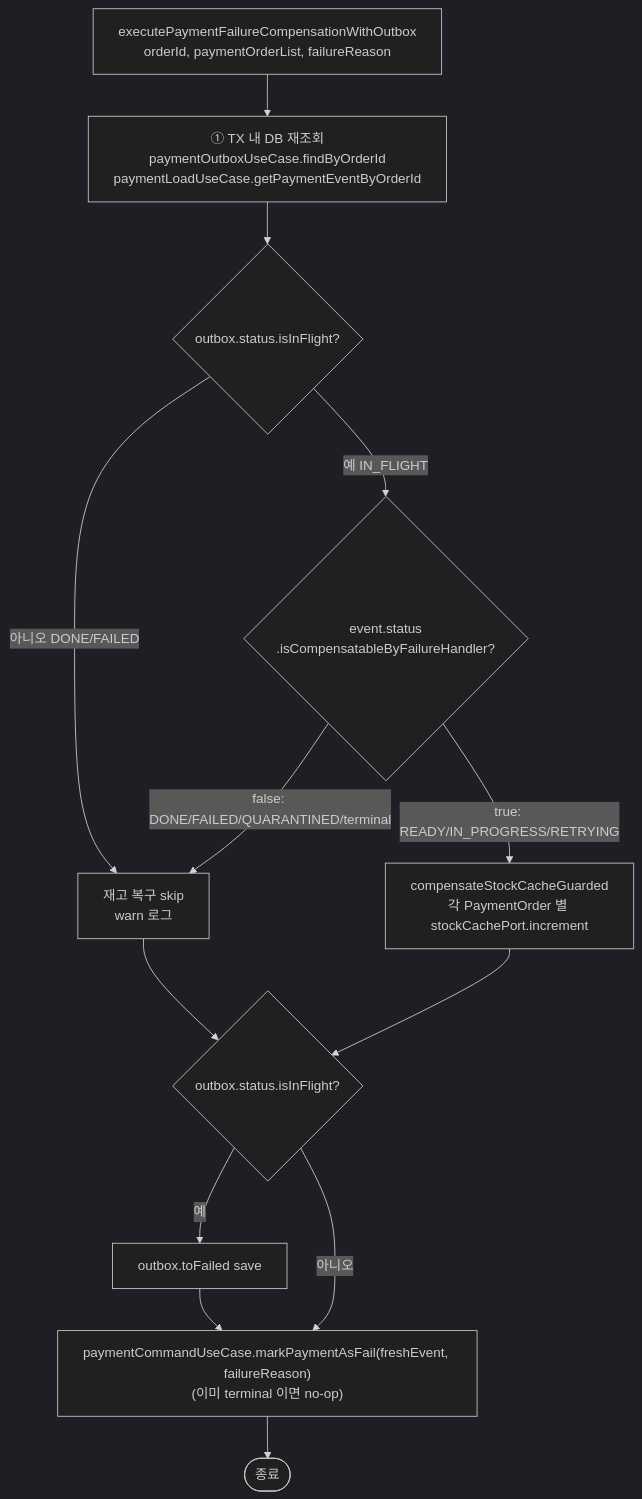
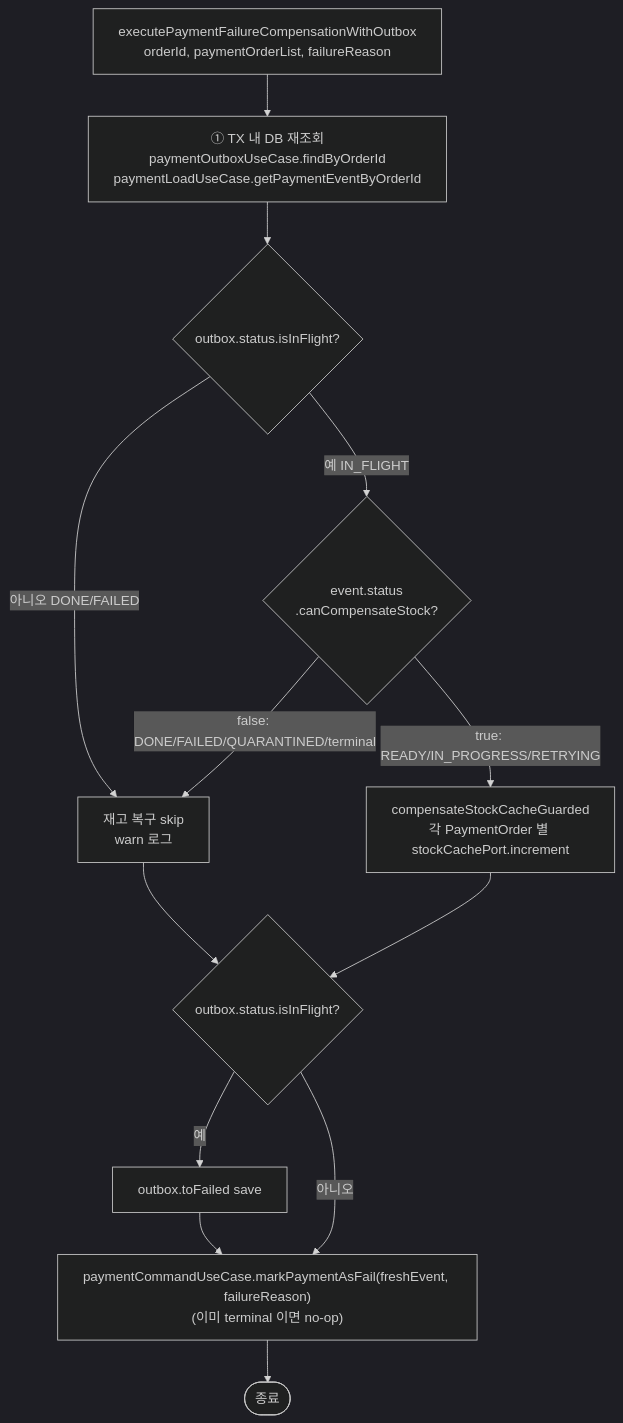
The seventh of 9 diagrams in docs/context/CONFIRM-FLOW.md (hyoguoo/payment-platform), drawn with Mermaid (dark theme) before and after one commit. The commit also changed other lines of this file and 11 other files, not shown here.

````diff
--- a/docs/context/CONFIRM-FLOW.md
+++ b/docs/context/CONFIRM-FLOW.md
@@ -305,19 +305,19 @@
 ```mermaid
 flowchart TD
     START["executePaymentFailureCompensationWithOutbox<br/>orderId, paymentOrderList, failureReason"] --> RELOAD["① TX 내 DB 재조회<br/>paymentOutboxUseCase.findByOrderId<br/>paymentLoadUseCase.getPaymentEventByOrderId"]
 
     RELOAD --> CHK_OB{outbox.status.isInFlight?}
     CHK_OB -->|아니오 DONE/FAILED| SKIP_LOG[재고 복구 skip<br/>warn 로그]
-    CHK_OB -->|예 IN_FLIGHT| CHK_EV{event.status<br/>.isCompensatableByFailureHandler?}
+    CHK_OB -->|예 IN_FLIGHT| CHK_EV{event.status<br/>.canCompensateStock?}
 
     CHK_EV -->|false: DONE/FAILED/QUARANTINED/terminal| SKIP_LOG
     CHK_EV -->|true: READY/IN_PROGRESS/RETRYING| RESTORE["compensateStockCacheGuarded<br/>각 PaymentOrder 별 stockCachePort.increment"]
 
     RESTORE --> FAIL_OB_CHK{outbox.status.isInFlight?}
     SKIP_LOG --> FAIL_OB_CHK
 
     FAIL_OB_CHK -->|예| FAIL_OB["outbox.toFailed save"]
     FAIL_OB_CHK -->|아니오| MARK
     FAIL_OB --> MARK["paymentCommandUseCase.markPaymentAsFail(freshEvent, failureReason)<br/>(이미 terminal 이면 no-op)"]
     MARK --> FIN([종료])
 ```
````
